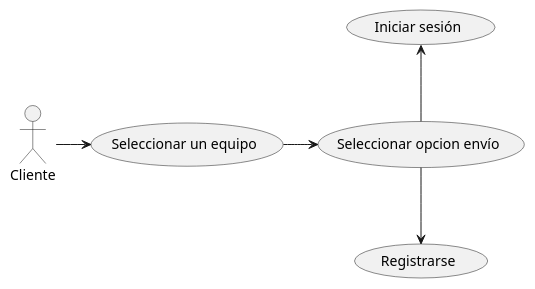
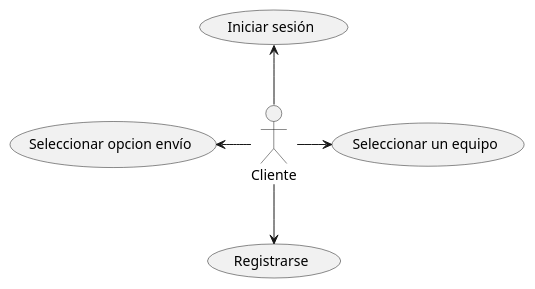
The diagram in Diagramas/userCase.puml (SofiGarcia09/um-2024-ds-comprodigios), drawn with PlantUML before and after one commit. The commit also changed 4 other files, not shown here.

Commit message:
Diagrama de Robustez

```diff
--- a/Diagramas/userCase.puml
+++ b/Diagramas/userCase.puml
@@ -1,17 +1,17 @@
 @startuml
 
 actor Cliente as cliente
 
 usecase "Seleccionar un equipo" as seleccionarEquipo
 cliente-right-> seleccionarEquipo
 
 usecase "Seleccionar opcion envío" as sleccionarEnvio
-seleccionarEquipo -right-> sleccionarEnvio
+cliente -left-> sleccionarEnvio
 
 usecase "Registrarse" as registrarse
-sleccionarEnvio-down-> registrarse
+cliente-down-> registrarse
 
 usecase "Iniciar sesión" as iniciarSesion
-sleccionarEnvio -up-> iniciarSesion
+cliente -up-> iniciarSesion
 
 @enduml
```
